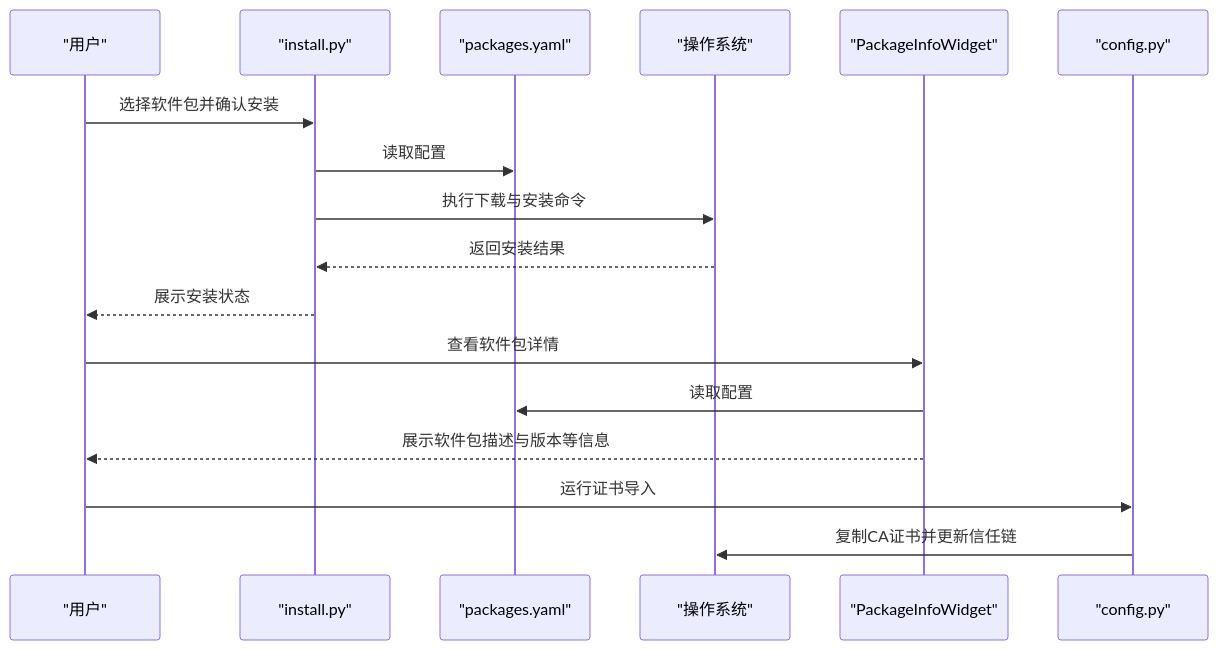
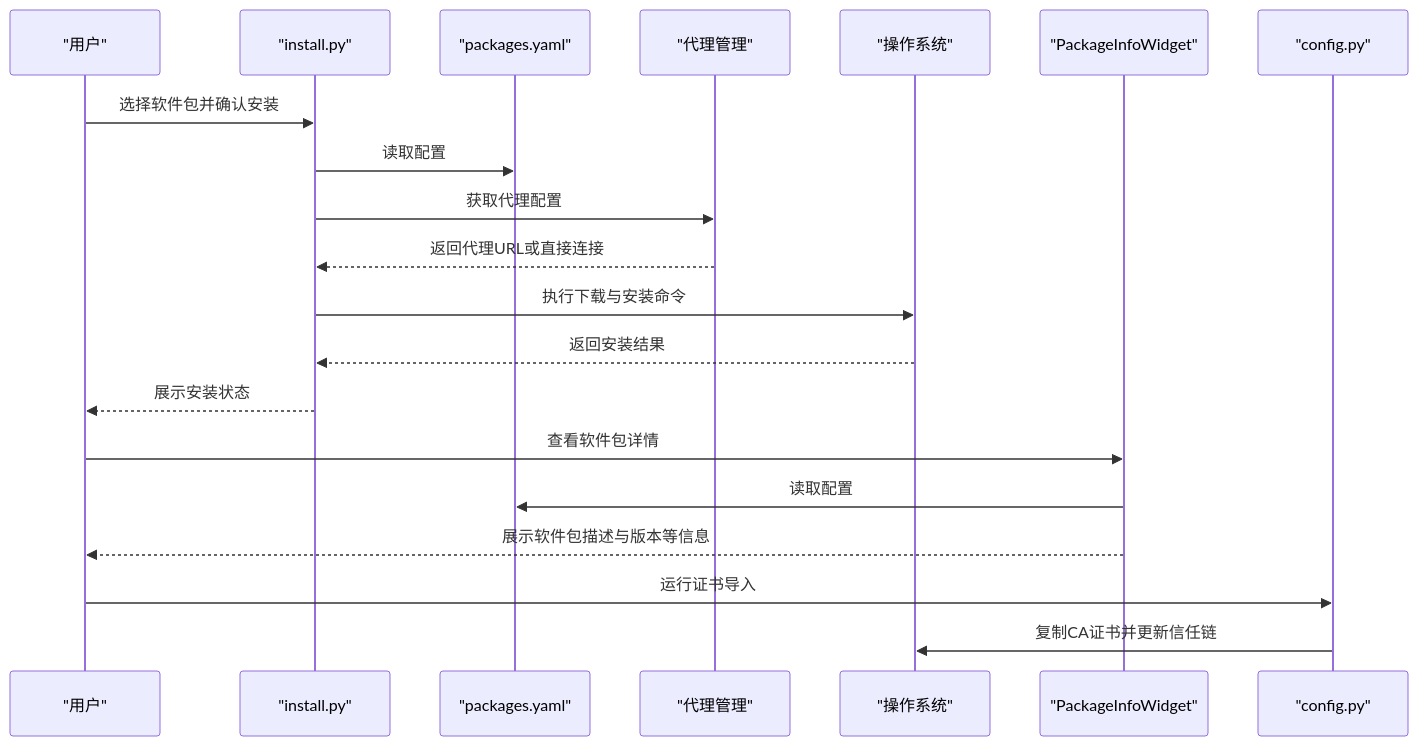
Before and after one commit to firestrongarch/install: the second of 4 diagrams in .qoder/repowiki/zh/content/配置管理.md, drawn with Mermaid. The commit also changed other lines of this file and 3 other files, not shown here.

````diff
--- a/.qoder/repowiki/zh/content/配置管理.md
+++ b/.qoder/repowiki/zh/content/配置管理.md
@@ -102,19 +113,22 @@
 ```mermaid
 sequenceDiagram
 participant User as "用户"
 participant CLI as "install.py"
 participant Yaml as "packages.yaml"
+participant Proxy as "代理管理"
 participant OS as "操作系统"
 participant GUI as "PackageInfoWidget"
 participant Cert as "config.py"
 User->>CLI : 选择软件包并确认安装
 CLI->>Yaml : 读取配置
+CLI->>Proxy : 获取代理配置
+Proxy-->>CLI : 返回代理URL或直接连接
 CLI->>OS : 执行下载与安装命令
 OS-->>CLI : 返回安装结果
 CLI-->>User : 展示安装状态
 User->>GUI : 查看软件包详情
 GUI->>Yaml : 读取配置
 GUI-->>User : 展示软件包描述与版本等信息
 User->>Cert : 运行证书导入
 Cert->>OS : 复制CA证书并更新信任链
 ```
````
